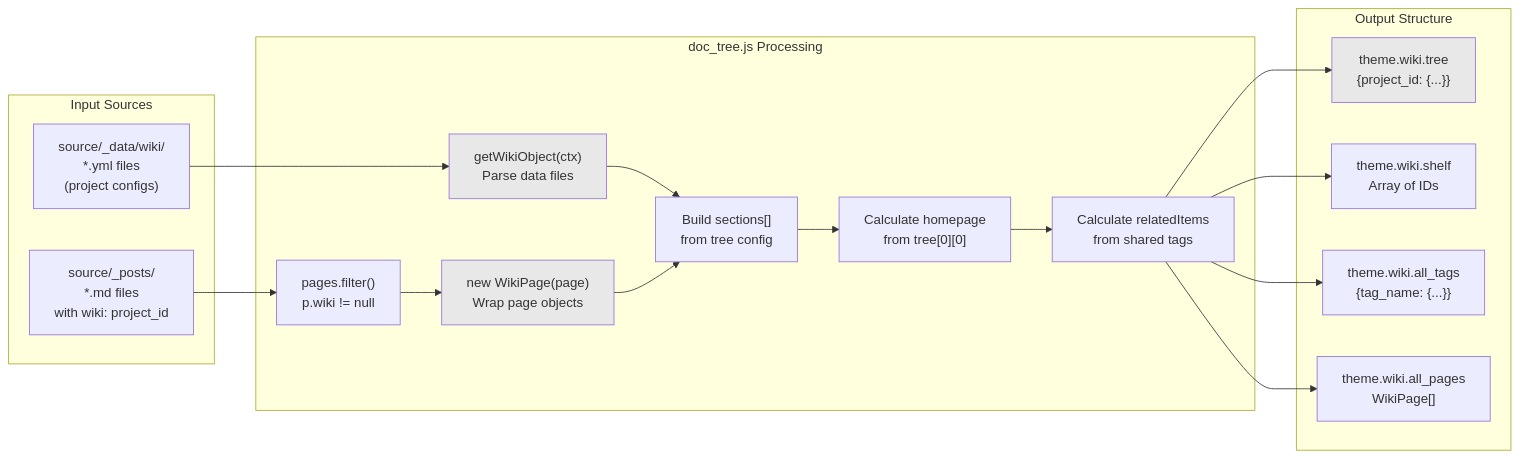
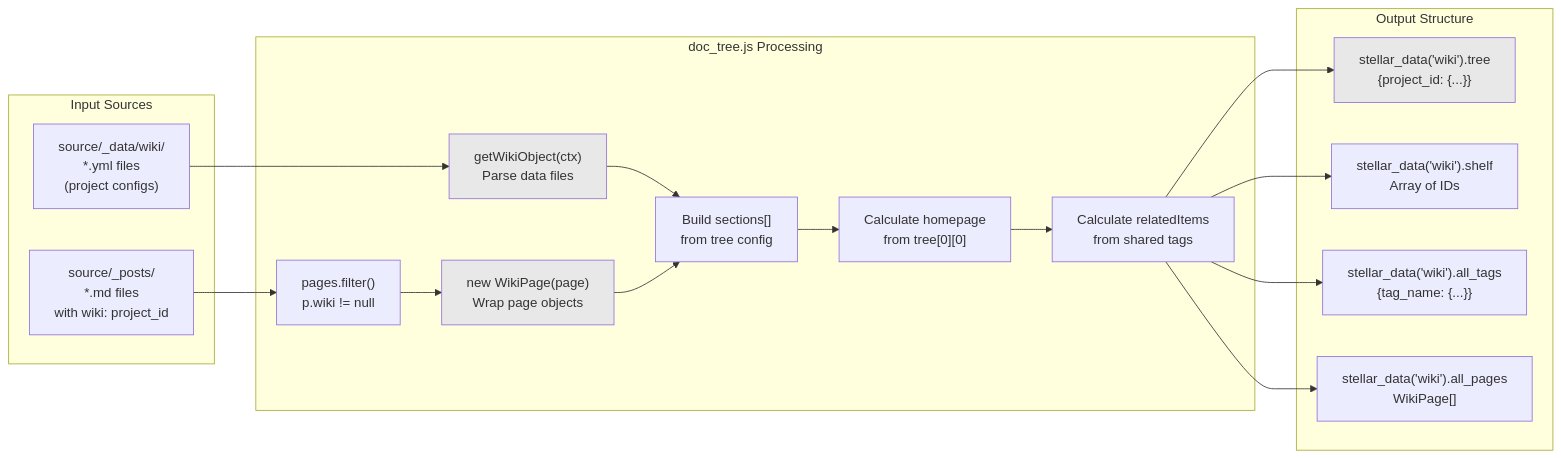
The second of 5 diagrams in docs/knowledge/03-内容系统/content-overview.md (xaoxuu/hexo-theme-stellar), drawn with Mermaid before and after one commit. The commit also changed other lines of this file and 101 other files, not shown here.

````diff
--- a/docs/knowledge/03-内容系统/content-overview.md
+++ b/docs/knowledge/03-内容系统/content-overview.md
@@ -110,39 +110,39 @@
 ```mermaid
 graph LR
     subgraph "Input Sources"
         DATA_WIKI["source/_data/wiki/<br/>*.yml files<br/>(project configs)"]
         MD_PAGES["source/_posts/<br/>*.md files<br/>with wiki: project_id"]
     end
     
     subgraph "doc_tree.js Processing"
         GET_WIKI["getWikiObject(ctx)<br/>Parse data files"]
         WIKI_PAGE_CLASS["new WikiPage(page)<br/>Wrap page objects"]
         FILTER["pages.filter()<br/>p.wiki != null"]
         BUILD_SECTIONS["Build sections[]<br/>from tree config"]
         CALC_HOMEPAGE["Calculate homepage<br/>from tree[0][0]"]
         CALC_RELATED["Calculate relatedItems<br/>from shared tags"]
     end
     
     subgraph "Output Structure"
-        WIKI_TREE["theme.wiki.tree<br/>{project_id: {...}}"]
-        WIKI_SHELF["theme.wiki.shelf<br/>Array of IDs"]
-        ALL_TAGS["theme.wiki.all_tags<br/>{tag_name: {...}}"]
-        ALL_PAGES["theme.wiki.all_pages<br/>WikiPage[]"]
+        WIKI_TREE["stellar_data('wiki').tree<br/>{project_id: {...}}"]
+        WIKI_SHELF["stellar_data('wiki').shelf<br/>Array of IDs"]
+        ALL_TAGS["stellar_data('wiki').all_tags<br/>{tag_name: {...}}"]
+        ALL_PAGES["stellar_data('wiki').all_pages<br/>WikiPage[]"]
     end
     
     DATA_WIKI --> GET_WIKI
     MD_PAGES --> FILTER
     FILTER --> WIKI_PAGE_CLASS
     GET_WIKI --> BUILD_SECTIONS
     WIKI_PAGE_CLASS --> BUILD_SECTIONS
     BUILD_SECTIONS --> CALC_HOMEPAGE
     CALC_HOMEPAGE --> CALC_RELATED
     CALC_RELATED --> WIKI_TREE
     CALC_RELATED --> WIKI_SHELF
     CALC_RELATED --> ALL_TAGS
     CALC_RELATED --> ALL_PAGES
     
     style GET_WIKI fill:#e8e8e8
     style WIKI_PAGE_CLASS fill:#e8e8e8
     style WIKI_TREE fill:#e8e8e8
 ```
````
